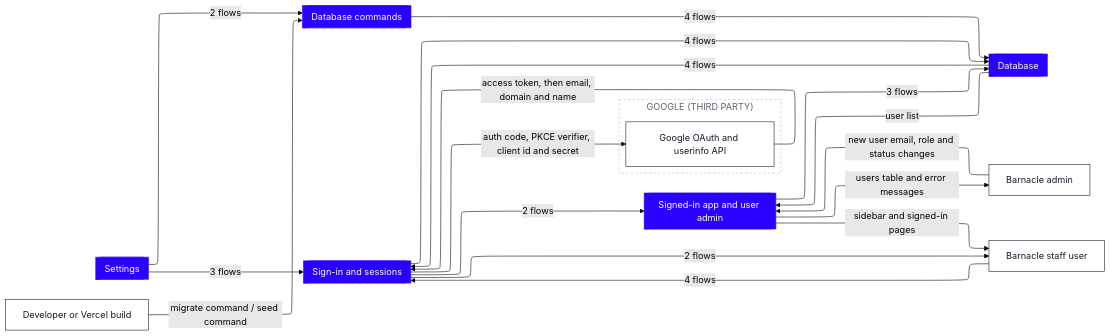
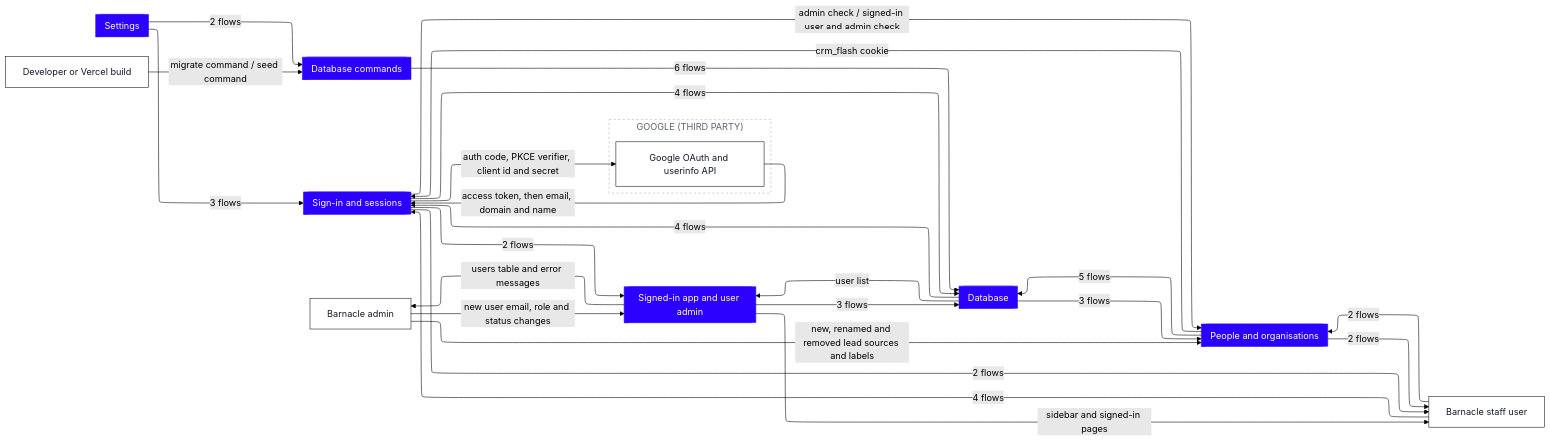
One commit to Romain-Perche/Barnacle-Pipe changed the first of 8 diagrams in dataflow/DATAFLOW.md. Above: the diagram before and after it, drawn with Mermaid (forest theme). The commit also changed other lines of this file and 12 other files, not shown here.

````diff
--- a/dataflow/DATAFLOW.md
+++ b/dataflow/DATAFLOW.md
@@ -11,43 +11,51 @@
 ```mermaid
 ---
 config:
   layout: elk
 ---
 flowchart LR
     n1[["Database"]]
     n2[["Database commands"]]
-    n3[["Settings"]]
-    n4[["Sign-in and sessions"]]
-    n5[["Signed-in app and user admin"]]
-    n6["Barnacle admin"]
-    n7["Developer or Vercel build"]
-    n8["Barnacle staff user"]
+    n3[["People and organisations"]]
+    n4[["Settings"]]
+    n5[["Sign-in and sessions"]]
+    n6[["Signed-in app and user admin"]]
+    n7["Barnacle admin"]
+    n8["Developer or Vercel build"]
+    n9["Barnacle staff user"]
     subgraph z1["GOOGLE (THIRD PARTY)"]
-        n9["Google OAuth and userinfo API"]
+        n10["Google OAuth and userinfo API"]
     end
-    n6 -->|"new user email, role and status changes"| n5
-    n5 -->|"sidebar and signed-in pages"| n8
-    n4 -->|"4 flows"| n1
-    n7 -->|"migrate command / seed command"| n2
-    n3 -->|"3 flows"| n4
-    n3 -->|"2 flows"| n2
-    n4 -->|"auth code, PKCE verifier, client id and secret"| n9
-    n4 -->|"2 flows"| n8
-    n9 -->|"access token, then email, domain and name"| n4
-    n2 -->|"4 flows"| n1
-    n4 -->|"2 flows"| n5
-    n1 -->|"4 flows"| n4
-    n8 -->|"4 flows"| n4
-    n5 -->|"users table and error messages"| n6
-    n5 -->|"3 flows"| n1
-    n1 -->|"user list"| n5
+    n7 -->|"new, renamed and removed lead sources and labels"| n3
+    n7 -->|"new user email, role and status changes"| n6
+    n6 -->|"sidebar and signed-in pages"| n9
+    n3 -->|"5 flows"| n1
+    n1 -->|"3 flows"| n3
+    n5 -->|"4 flows"| n1
+    n8 -->|"migrate command / seed command"| n2
+    n4 -->|"3 flows"| n5
+    n4 -->|"2 flows"| n2
+    n5 -->|"auth code, PKCE verifier, client id and secret"| n10
+    n5 -->|"2 flows"| n9
+    n10 -->|"access token, then email, domain and name"| n5
+    n2 -->|"6 flows"| n1
+    n3 -->|"2 flows"| n9
+    n3 -->|"crm_flash cookie"| n5
+    n5 -->|"2 flows"| n6
+    n5 -->|"admin check / signed-in user and admin check"| n3
+    n1 -->|"4 flows"| n5
+    n9 -->|"4 flows"| n5
+    n9 -->|"2 flows"| n3
+    n6 -->|"users table and error messages"| n7
+    n6 -->|"3 flows"| n1
+    n1 -->|"user list"| n6
     classDef actor fill:#FFFFFF,stroke:#111827,stroke-width:1px,color:#111827
     classDef process fill:#EDEAFF,stroke:#2B00FF,stroke-width:1.5px,color:#111827
     classDef store fill:#FAF6F1,stroke:#111827,stroke-width:1.5px,color:#111827
     classDef zone fill:#1A1A1A,stroke:#1A1A1A,color:#FFFFFF
     classDef group fill:#2B00FF,stroke:#2B00FF,color:#FFFFFF
     classDef stub fill:#FFFFFF,stroke:#2B00FF,stroke-width:1.5px,stroke-dasharray:5 4,color:#2B00FF
-    class n6,n7,n8,n9 actor
-    class n1,n2,n3,n4,n5 group
+    class n7,n8,n9,n10 actor
+    class n1,n2,n3,n4,n5,n6 group
     style z1 fill:#FFFFFF,stroke:#B9B2A8,stroke-dasharray:4 4,color:#5D6270
 ```
````
